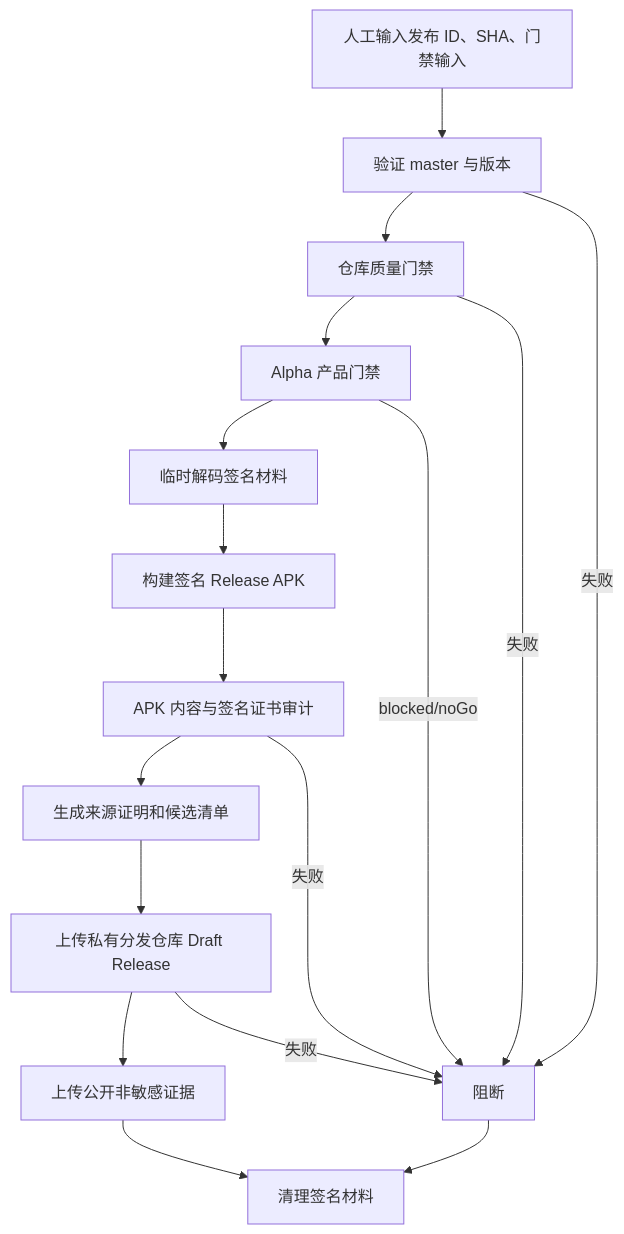
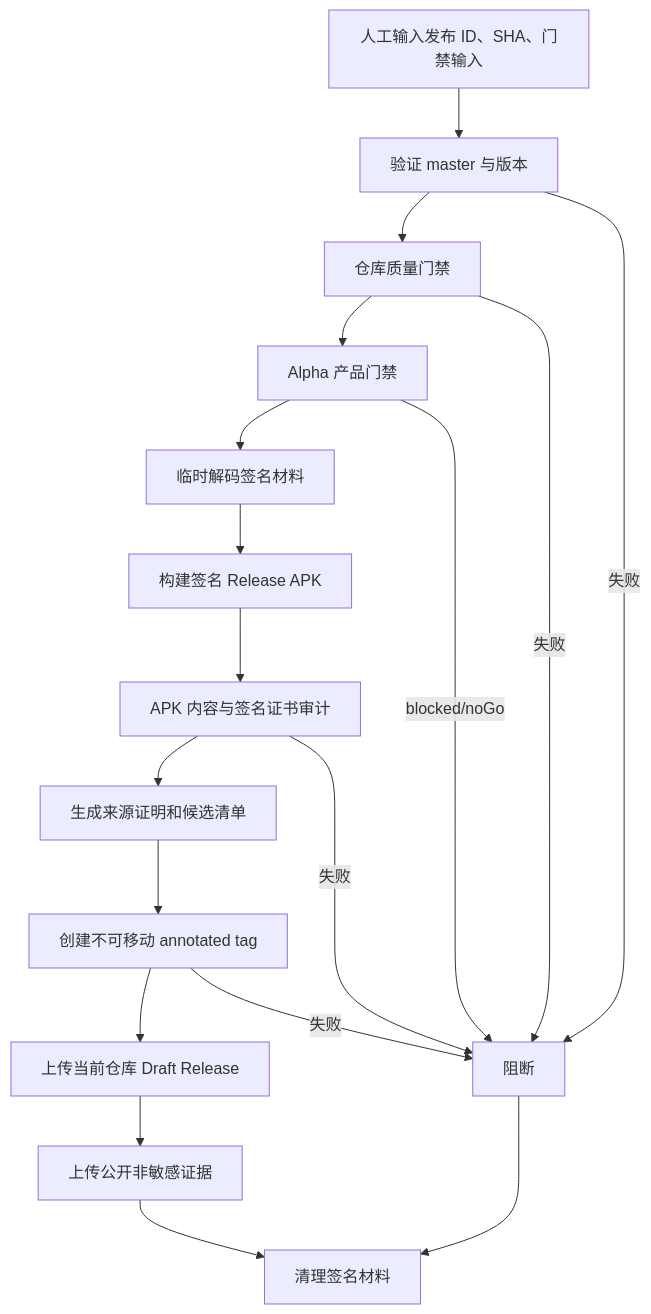
The diagram in spec/spec-process-cicd-android-alpha.md (zhangheng2022/meet_trace), drawn with Mermaid before and after one commit. The commit also changed other lines of this file and 28 other files, not shown here.

````diff
--- a/spec/spec-process-cicd-android-alpha.md
+++ b/spec/spec-process-cicd-android-alpha.md
@@ -18,19 +18,20 @@
 ```mermaid
 graph TD
     A[人工输入发布 ID、SHA、门禁输入] --> B[验证 master 与版本]
     B --> C[仓库质量门禁]
     C --> D[Alpha 产品门禁]
     D --> E[临时解码签名材料]
     E --> F[构建签名 Release APK]
     F --> G[APK 内容与签名证书审计]
     G --> H[生成来源证明和候选清单]
-    H --> I[上传私有分发仓库 Draft Release]
-    I --> J[上传公开非敏感证据]
-    J --> K[清理签名材料]
+    H --> I[创建不可移动 annotated tag]
+    I --> J[上传当前仓库 Draft Release]
+    J --> M[上传公开非敏感证据]
+    M --> K[清理签名材料]
     B -->|失败| L[阻断]
     C -->|失败| L
     D -->|blocked/noGo| L
     G -->|失败| L
     I -->|失败| L
     L --> K
 ```
````
